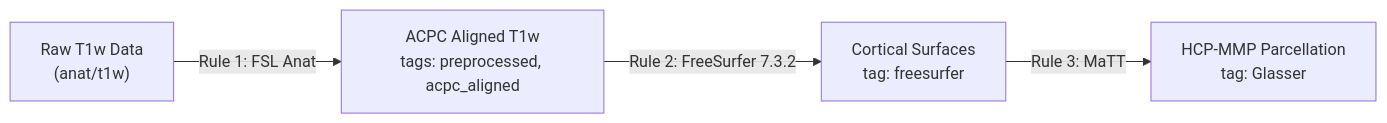
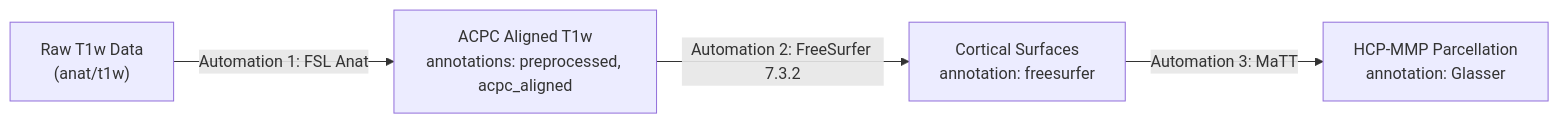
One commit to brainlife/docs-next changed the diagram in content/tutorial/anat-t1-pipeline-tutorial.md. Above: the diagram before and after it, drawn with Mermaid. The commit also changed other lines of this file and 18 other files, not shown here.

````diff
--- a/content/tutorial/anat-t1-pipeline-tutorial.md
+++ b/content/tutorial/anat-t1-pipeline-tutorial.md
@@ -24,6 +24,6 @@
 ```mermaid
 flowchart LR
-    A["Raw T1w Data<br/>(anat/t1w)"] -->|Rule 1: FSL Anat| B["ACPC Aligned T1w<br/>tags: preprocessed, acpc_aligned"]
-    B -->|Rule 2: FreeSurfer 7.3.2| C["Cortical Surfaces<br/>tag: freesurfer"]
-    C -->|Rule 3: MaTT| D["HCP-MMP Parcellation<br/>tag: Glasser"]
+    A["Raw T1w Data<br/>(anat/t1w)"] -->|Automation 1: FSL Anat| B["ACPC Aligned T1w<br/>annotations: preprocessed, acpc_aligned"]
+    B -->|Automation 2: FreeSurfer 7.3.2| C["Cortical Surfaces<br/>annotation: freesurfer"]
+    C -->|Automation 3: MaTT| D["HCP-MMP Parcellation<br/>annotation: Glasser"]
 ```
````
